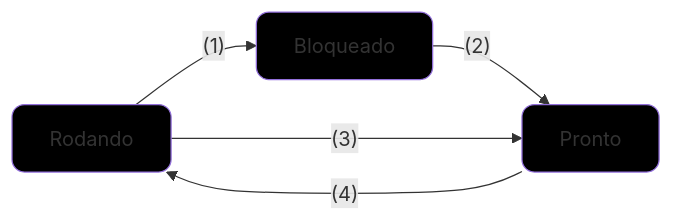
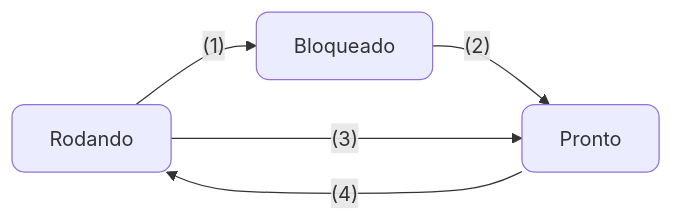
Before and after one commit to west7/FSO: the diagram in docs/notes/03_processos_e_threads.md, drawn with Mermaid. The commit also changed other lines of this file, not shown here.

````diff
--- a/docs/notes/03_processos_e_threads.md
+++ b/docs/notes/03_processos_e_threads.md
@@ -31,11 +33,11 @@
 ```mermaid
     graph LR;
     Rodando -->|"(1)"| Bloqueado
     Bloqueado -->|"(2)"| Pronto
     Rodando -->|"(3)"| Pronto
     Pronto -->|"(4)"| Rodando
 
-    classDef nodeStyle fill:#000,rx:10,ry:10;
+    classDef nodeStyle rx:10,ry:10;
     class Pronto,Rodando,Bloqueado nodeStyle; 
 
 ```
````
